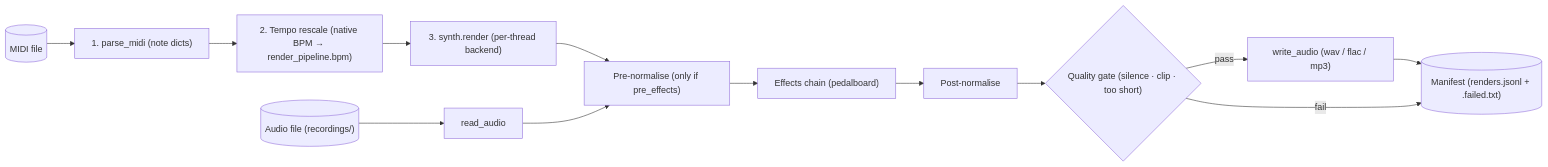
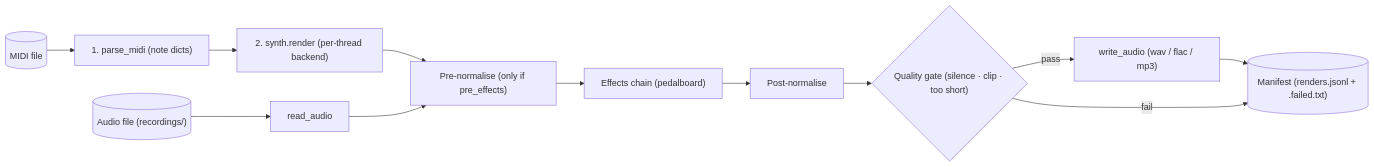
Before and after one commit to dadmaan/sonitra: the second of 10 diagrams in ARCHITECTURE.md, drawn with Mermaid. The commit also changed other lines of this file and 10 other files, not shown here.

First line of the commit message:
fix(core): follow file tempo map, bpm is host tempo only

````diff
--- a/ARCHITECTURE.md
+++ b/ARCHITECTURE.md
@@ -40,21 +40,20 @@
 ```mermaid
 flowchart LR
     midi[("MIDI file")]
     parse["1. parse_midi (note dicts)"]
-    tempo["2. Tempo rescale (native BPM → render_pipeline.bpm)"]
-    synth["3. synth.render (per-thread backend)"]
+    synth["2. synth.render (per-thread backend)"]
     audio_in[("Audio file (recordings/)")]
     read["read_audio"]
     pre["Pre-normalise (only if pre_effects)"]
     fx["Effects chain (pedalboard)"]
     post["Post-normalise"]
     gate{"Quality gate (silence · clip · too short)"}
     write["write_audio (wav / flac / mp3)"]
     manifest[("Manifest (renders.jsonl + .failed.txt)")]
 
-    midi --> parse --> tempo --> synth --> pre
+    midi --> parse --> synth --> pre
     audio_in --> read --> pre
     pre --> fx --> post --> gate
     gate -- pass --> write --> manifest
     gate -- fail --> manifest
 ```
````
